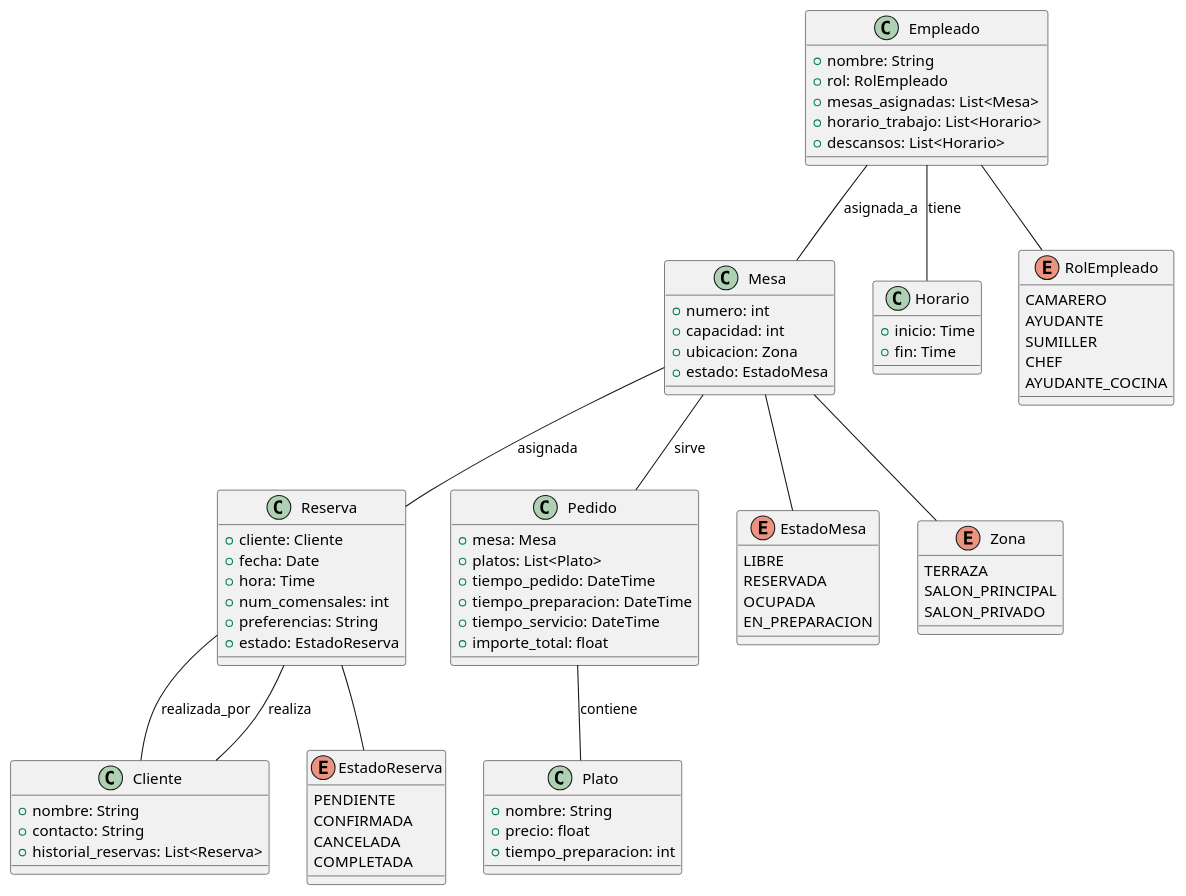
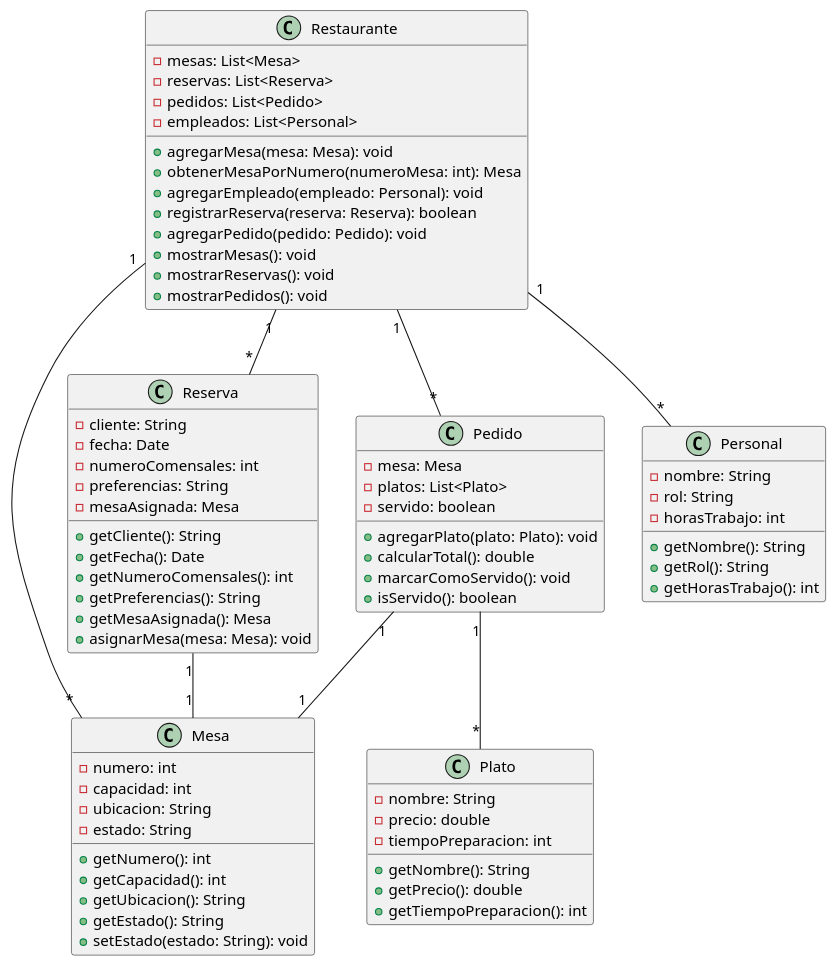
The diagram in ModeloDeDominio/plantUML/DiagramaDeClases.puml (mmasias/24-25-IdSw2-SDD), drawn with PlantUML before and after one commit. The commit also changed 1 other file, not shown here.

Commit message:
diagrama de clases actualizado

```diff
--- a/ModeloDeDominio/plantUML/DiagramaDeClases.puml
+++ b/ModeloDeDominio/plantUML/DiagramaDeClases.puml
@@ -1,95 +1,80 @@
 @startuml
 
-' Diagrama de Clases
-
 class Mesa {
-    +numero: int
-    +capacidad: int
-    +ubicacion: Zona
-    +estado: EstadoMesa
+    - numero: int
+    - capacidad: int
+    - ubicacion: String
+    - estado: String
+    + getNumero(): int
+    + getCapacidad(): int
+    + getUbicacion(): String
+    + getEstado(): String
+    + setEstado(estado: String): void
 }
 
 class Reserva {
-    +cliente: Cliente
-    +fecha: Date
-    +hora: Time
-    +num_comensales: int
-    +preferencias: String
-    +estado: EstadoReserva
+    - cliente: String
+    - fecha: Date
+    - numeroComensales: int
+    - preferencias: String
+    - mesaAsignada: Mesa
+    + getCliente(): String
+    + getFecha(): Date
+    + getNumeroComensales(): int
+    + getPreferencias(): String
+    + getMesaAsignada(): Mesa
+    + asignarMesa(mesa: Mesa): void
 }
 
 class Pedido {
-    +mesa: Mesa
-    +platos: List<Plato>
-    +tiempo_pedido: DateTime
-    +tiempo_preparacion: DateTime
-    +tiempo_servicio: DateTime
-    +importe_total: float
+    - mesa: Mesa
+    - platos: List<Plato>
+    - servido: boolean
+    + agregarPlato(plato: Plato): void
+    + calcularTotal(): double
+    + marcarComoServido(): void
+    + isServido(): boolean
 }
 
 class Plato {
-    +nombre: String
-    +precio: float
-    +tiempo_preparacion: int
+    - nombre: String
+    - precio: double
+    - tiempoPreparacion: int
+    + getNombre(): String
+    + getPrecio(): double
+    + getTiempoPreparacion(): int
 }
 
-class Empleado {
-    +nombre: String
-    +rol: RolEmpleado
-    +mesas_asignadas: List<Mesa>
-    +horario_trabajo: List<Horario>
-    +descansos: List<Horario>
+class Personal {
+    - nombre: String
+    - rol: String
+    - horasTrabajo: int
+    + getNombre(): String
+    + getRol(): String
+    + getHorasTrabajo(): int
 }
 
-class Cliente {
-    +nombre: String
-    +contacto: String
-    +historial_reservas: List<Reserva>
+class Restaurante {
+    - mesas: List<Mesa>
+    - reservas: List<Reserva>
+    - pedidos: List<Pedido>
+    - empleados: List<Personal>
+    + agregarMesa(mesa: Mesa): void
+    + obtenerMesaPorNumero(numeroMesa: int): Mesa
+    + agregarEmpleado(empleado: Personal): void
+    + registrarReserva(reserva: Reserva): boolean
+    + agregarPedido(pedido: Pedido): void
+    + mostrarMesas(): void
+    + mostrarReservas(): void
+    + mostrarPedidos(): void
 }
 
-class Horario {
-    +inicio: Time
-    +fin: Time
-}
-
-enum EstadoMesa {
-    LIBRE
-    RESERVADA
-    OCUPADA
-    EN_PREPARACION
-}
-
-enum EstadoReserva {
-    PENDIENTE
-    CONFIRMADA
-    CANCELADA
-    COMPLETADA
-}
-
-enum RolEmpleado {
-    CAMARERO
-    AYUDANTE
-    SUMILLER
-    CHEF
-    AYUDANTE_COCINA
-}
-
-enum Zona {
-    TERRAZA
-    SALON_PRINCIPAL
-    SALON_PRIVADO
-}
-
-Mesa -- Reserva : asignada
-Mesa -- Pedido : sirve
-Reserva -- Cliente : realizada_por
-Pedido -- Plato : contiene
-Empleado -- Mesa : asignada_a
-Cliente -- Reserva : realiza
-Empleado -- Horario : tiene
-Mesa -- EstadoMesa
-Reserva -- EstadoReserva
-Empleado -- RolEmpleado
-Mesa -- Zona
+Restaurante "1" -- "*" Mesa
+Restaurante "1" -- "*" Reserva
+Restaurante "1" -- "*" Pedido
+Restaurante "1" -- "*" Personal
+Reserva "1" -- "1" Mesa
+Pedido "1" -- "1" Mesa
+Pedido "1" -- "*" Plato
 
 @enduml
```
